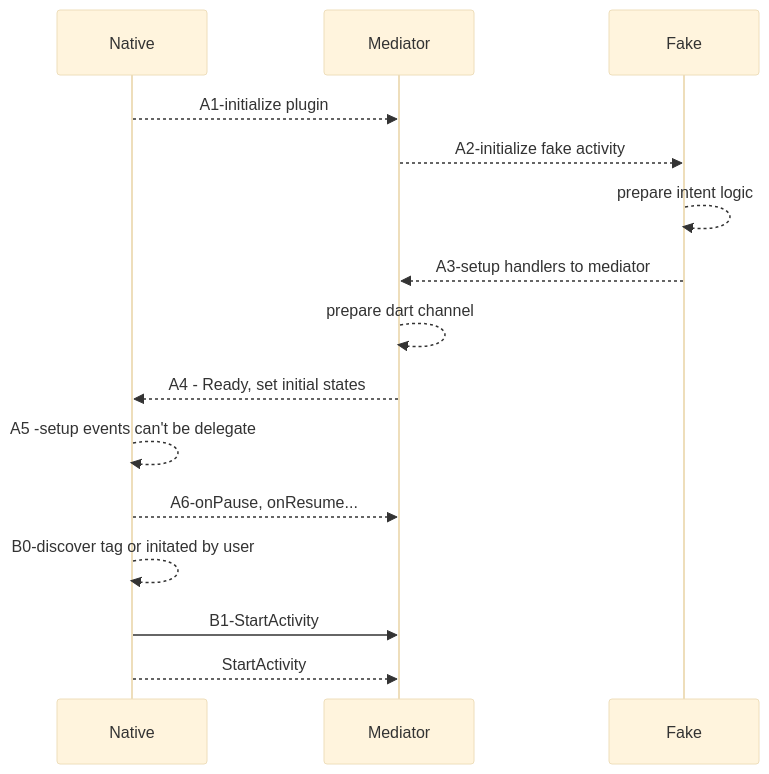
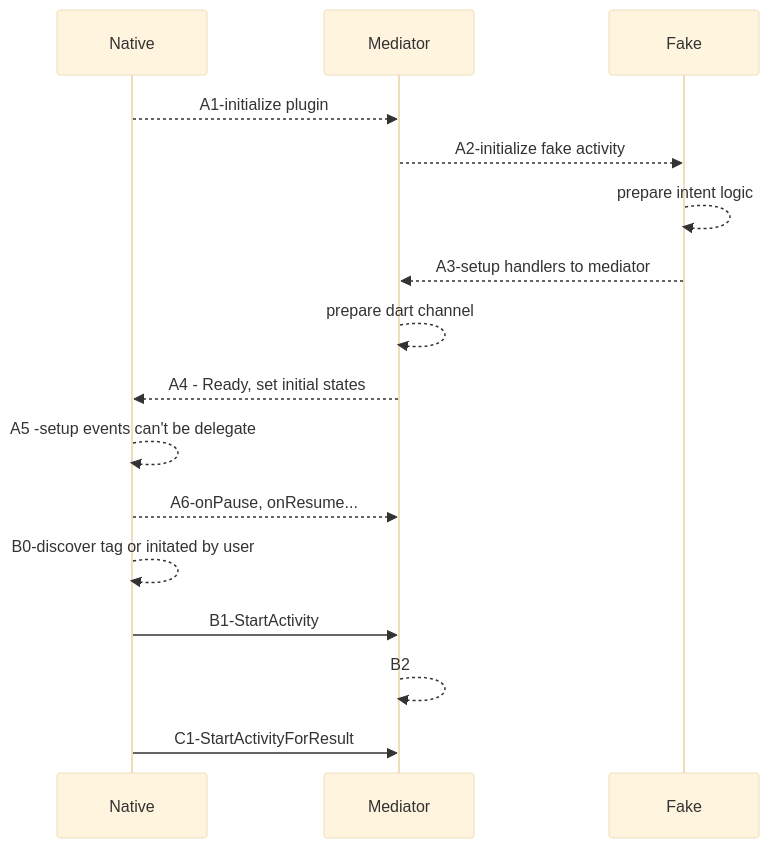
The second of 2 diagrams in flutter/addActivityResultListener.md (gordianknotC/nxp_note), drawn with Mermaid (base theme) before and after one commit. The commit also changed other lines of this file, not shown here.

Commit message:
flutter/addActivityResultListener.md updated from https://stackedit.io/

````diff
--- a/flutter/addActivityResultListener.md
+++ b/flutter/addActivityResultListener.md
@@ -55,20 +55,21 @@
 ```mermaid
 sequenceDiagram
 participant Native
 participant Mediator
 participant Fake
 
 Native -->> Mediator: A1-initialize plugin
 Mediator -->> Fake: A2-initialize fake activity
 Fake -->> Fake: prepare intent logic
 Fake -->> Mediator: A3-setup handlers to mediator
 Mediator -->> Mediator: prepare dart channel
 Mediator -->> Native: A4 - Ready, set initial states
 Native -->> Native: A5 -setup events can't be delegate
 Native -->> Mediator: A6-onPause, onResume...
 
 Native -->> Native: B0-discover tag or initated by user
 Native ->> Mediator: B1-StartActivity
-Native -->> Mediator: StartActivity
+Mediator -->> Mediator: B2 
+Native ->> Mediator: C1-StartActivityForResult
 
 ```
````
